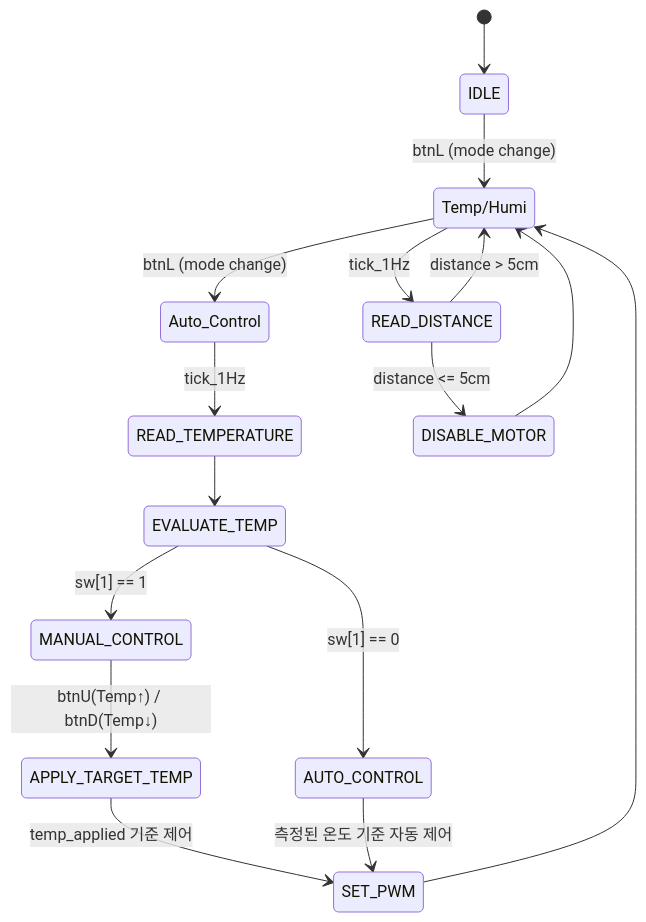
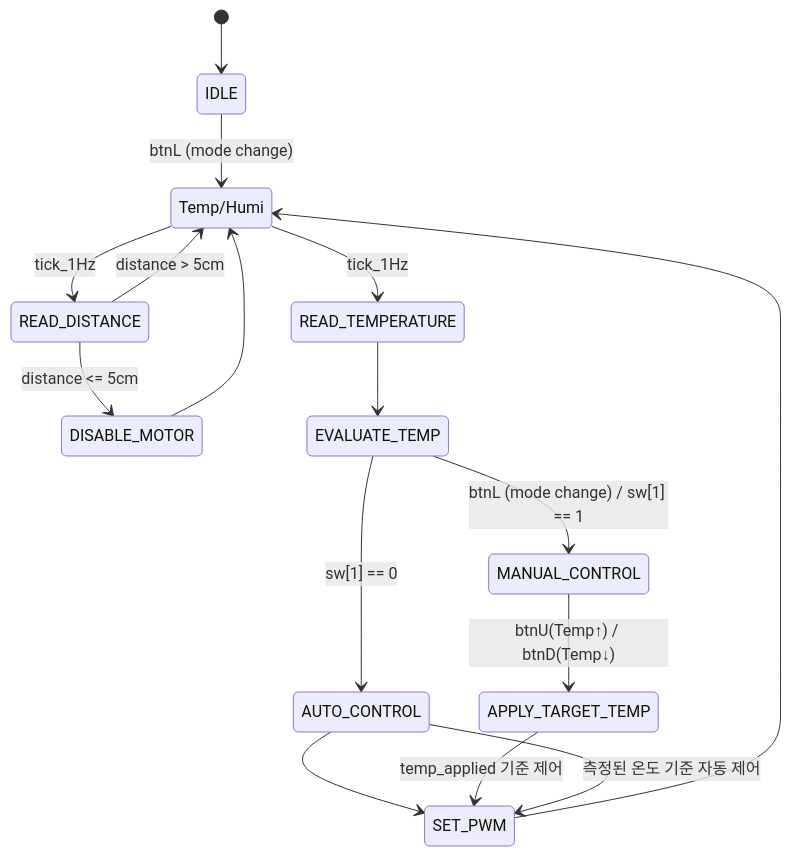
Before and after one commit to SE0NGH0/AI_Verilog_HDL: the third of 5 diagrams in 15.BESPOKE/README.md, drawn with Mermaid.

````diff
--- a/15.BESPOKE/README.md
+++ b/15.BESPOKE/README.md
@@ -94,18 +94,18 @@
 ```mermaid
 stateDiagram-v2
     [*] --> IDLE
     IDLE --> Temp/Humi: btnL (mode change)
     Temp/Humi --> READ_DISTANCE: tick_1Hz
-    Temp/Humi --> Auto_Control: btnL (mode change)
-    Auto_Control --> READ_TEMPERATURE: tick_1Hz
+    Temp/Humi --> READ_TEMPERATURE: tick_1Hz
     READ_DISTANCE --> DISABLE_MOTOR: distance <= 5cm
     READ_DISTANCE --> Temp/Humi: distance > 5cm
     READ_TEMPERATURE --> EVALUATE_TEMP
-    EVALUATE_TEMP --> MANUAL_CONTROL: sw[1] == 1
     EVALUATE_TEMP --> AUTO_CONTROL: sw[1] == 0
+    EVALUATE_TEMP --> MANUAL_CONTROL: btnL (mode change) / sw[1] == 1
+    AUTO_CONTROL --> SET_PWM
     MANUAL_CONTROL --> APPLY_TARGET_TEMP: btnU(Temp↑) / btnD(Temp↓)
     APPLY_TARGET_TEMP --> SET_PWM: temp_applied 기준 제어
     AUTO_CONTROL --> SET_PWM: 측정된 온도 기준 자동 제어
     SET_PWM --> Temp/Humi
     DISABLE_MOTOR --> Temp/Humi
 ```
````
